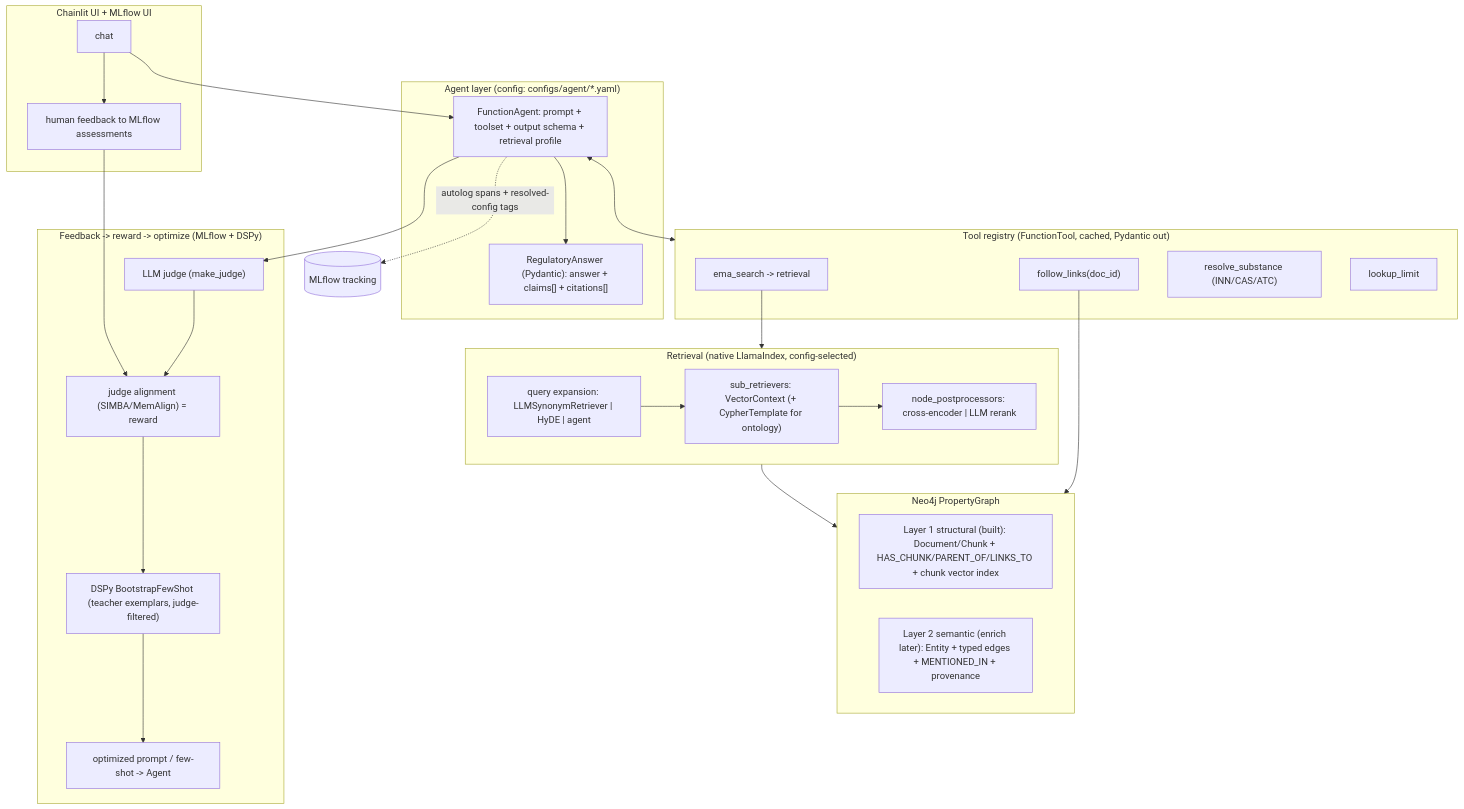
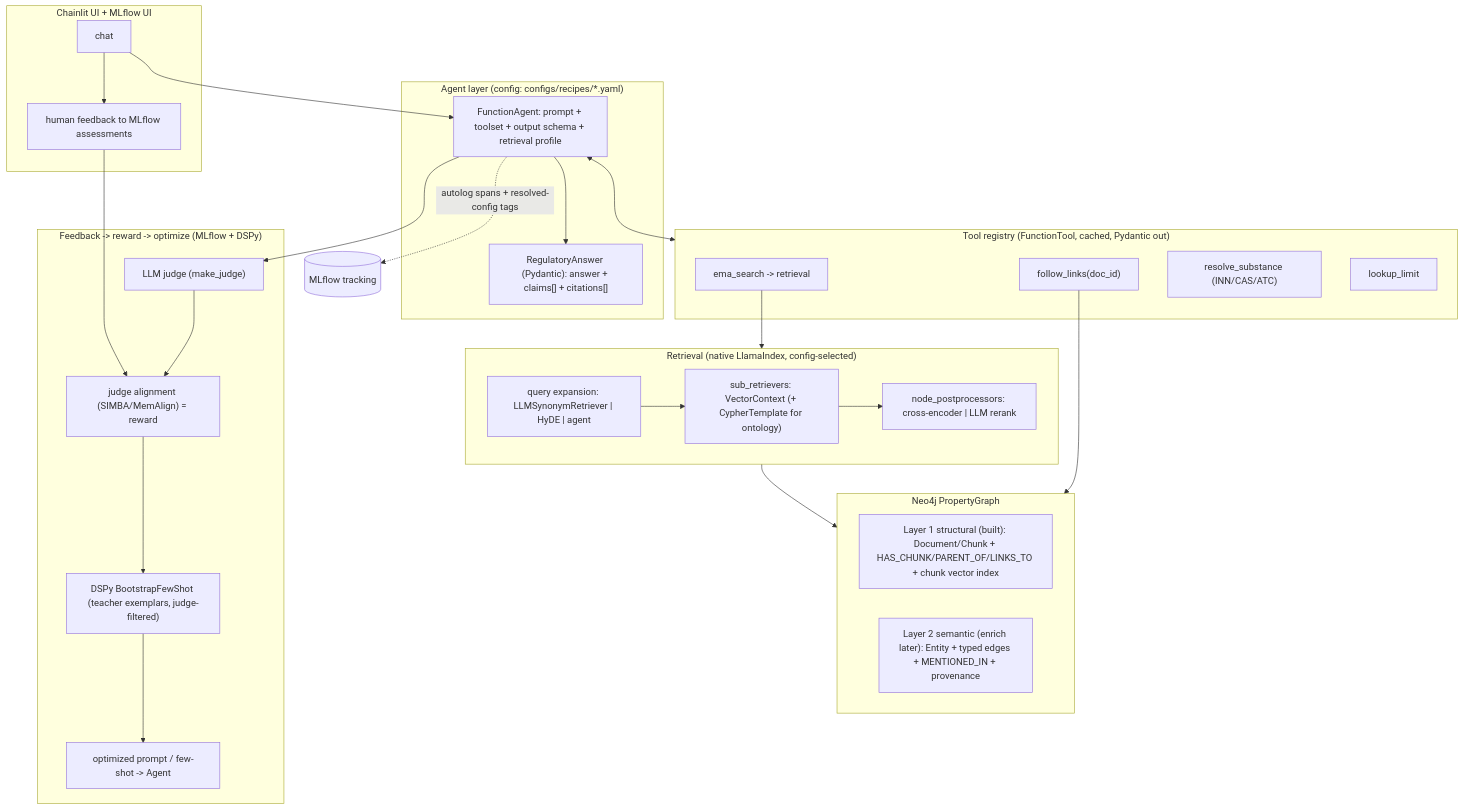
One commit to MoritzImendoerffer/ema_nlp changed the first of 2 diagrams in docs/TARGET_ARCHITECTURE.md. Above: the diagram before and after it, drawn with Mermaid. The commit also changed other lines of this file and 43 other files, not shown here.

````diff
--- a/docs/TARGET_ARCHITECTURE.md
+++ b/docs/TARGET_ARCHITECTURE.md
@@ -63,46 +63,46 @@
 ```mermaid
 flowchart TB
     subgraph UI["Chainlit UI + MLflow UI"]
       CHAT["chat"] --> FB["human feedback to MLflow assessments"]
     end
 
-    subgraph AGENT["Agent layer (config: configs/agent/*.yaml)"]
+    subgraph AGENT["Agent layer (config: configs/recipes/*.yaml)"]
       AG["FunctionAgent: prompt + toolset + output schema + retrieval profile"]
       OUT["RegulatoryAnswer (Pydantic): answer + claims[] + citations[]"]
       AG --> OUT
     end
 
     subgraph TOOLS["Tool registry (FunctionTool, cached, Pydantic out)"]
       T1["ema_search -> retrieval"]
       T2["follow_links(doc_id)"]
       T3["resolve_substance (INN/CAS/ATC)"]
       T4["lookup_limit"]
     end
 
     subgraph RET["Retrieval (native LlamaIndex, config-selected)"]
       QT["query expansion: LLMSynonymRetriever | HyDE | agent"]
       SR["sub_retrievers: VectorContext (+ CypherTemplate for ontology)"]
       NP["node_postprocessors: cross-encoder | LLM rerank"]
       QT --> SR --> NP
     end
 
     subgraph STORE["Neo4j PropertyGraph"]
       L1["Layer 1 structural (built): Document/Chunk + HAS_CHUNK/PARENT_OF/LINKS_TO + chunk vector index"]
       L2["Layer 2 semantic (enrich later): Entity + typed edges + MENTIONED_IN + provenance"]
     end
 
     subgraph LEARN["Feedback -> reward -> optimize (MLflow + DSPy)"]
       J["LLM judge (make_judge)"] --> AL["judge alignment (SIMBA/MemAlign) = reward"]
       AL --> DS["DSPy BootstrapFewShot (teacher exemplars, judge-filtered)"]
       DS --> POL["optimized prompt / few-shot -> Agent"]
     end
 
     CHAT --> AG
     AG <--> TOOLS
     T1 --> RET
     T2 --> STORE
     RET --> STORE
     AG --> J
     FB --> AL
     AG -. "autolog spans + resolved-config tags" .-> MLF[("MLflow tracking")]
 ```
````
